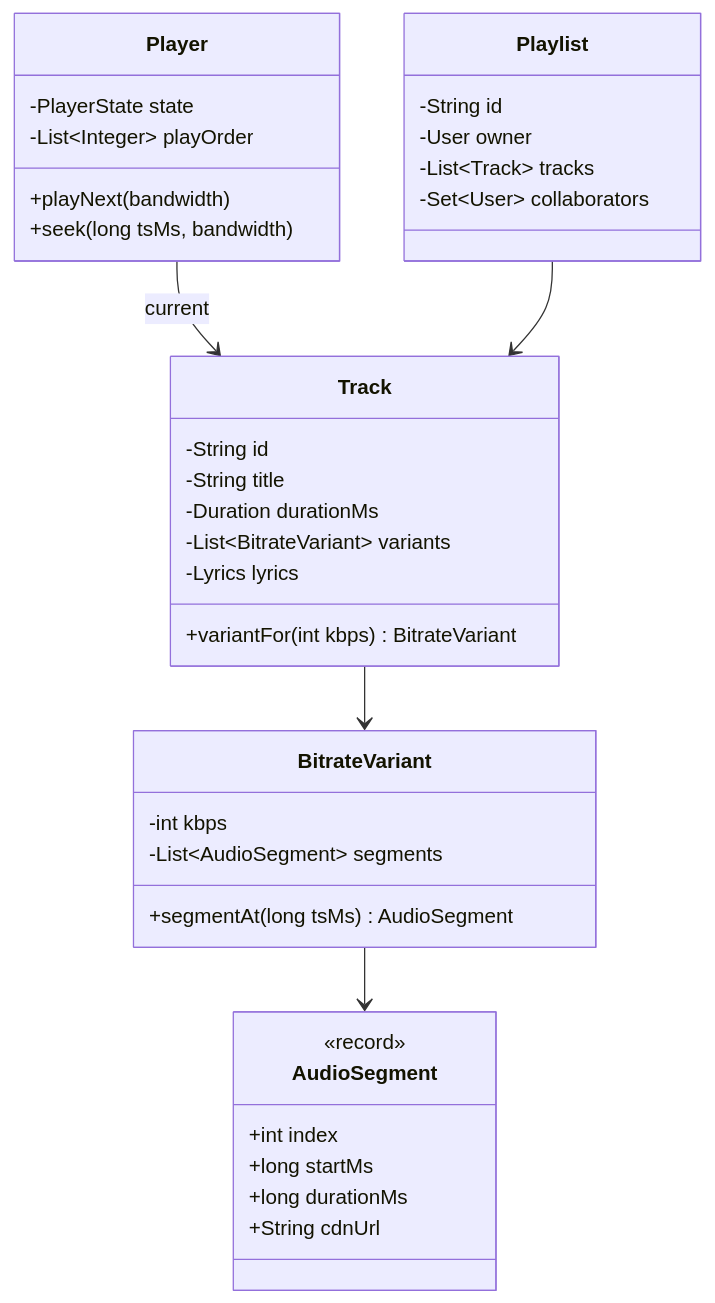
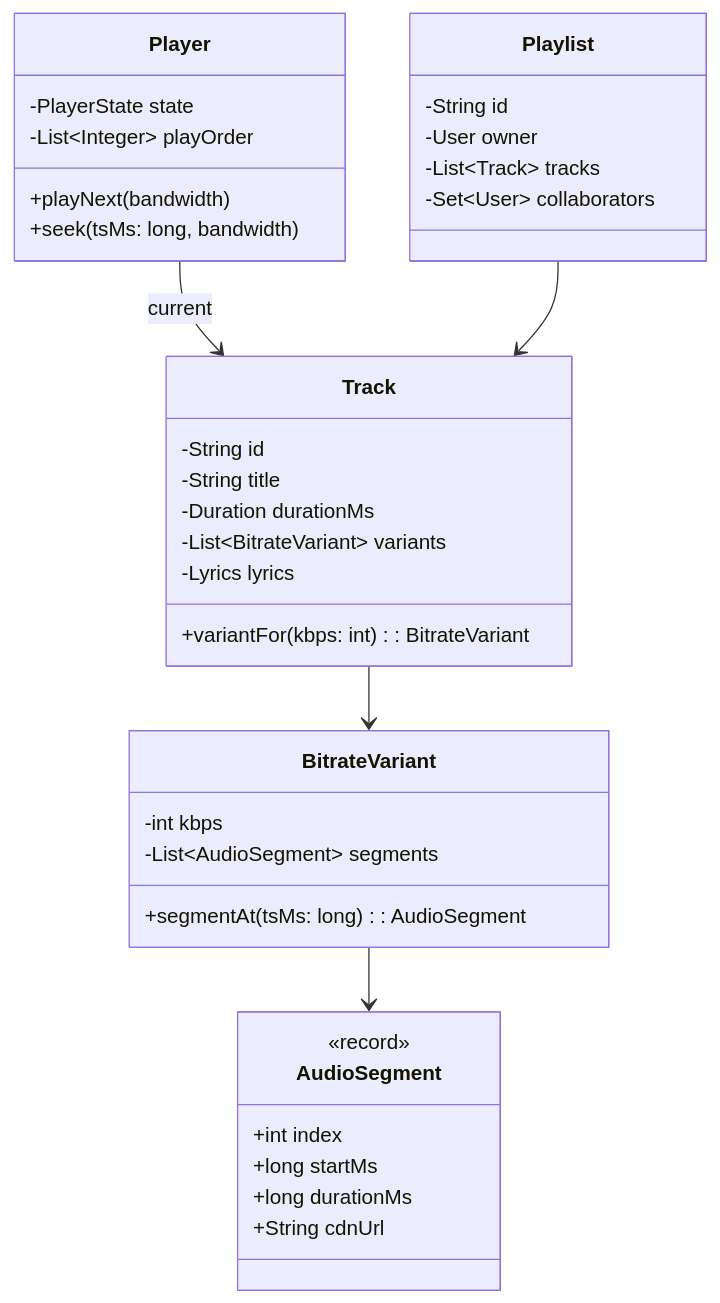
Diagram 38 of 59 in Readme.md (iamitgupta/system-design-LLD-basic), drawn with Mermaid before and after one commit. The commit also changed other lines of this file, not shown here.

````diff
--- a/Readme.md
+++ b/Readme.md
@@ -3882,39 +4663,39 @@
 ```mermaid
 classDiagram
  class Track {
  -String id
  -String title
  -Duration durationMs
  -List~BitrateVariant~ variants
  -Lyrics lyrics
- +variantFor(int kbps) BitrateVariant
+ +variantFor(kbps: int): BitrateVariant
  }
  class BitrateVariant {
  -int kbps
  -List~AudioSegment~ segments
- +segmentAt(long tsMs) AudioSegment
+ +segmentAt(tsMs: long): AudioSegment
  }
  class AudioSegment {
  <<record>>
  +int index
  +long startMs
  +long durationMs
  +String cdnUrl
  }
  class Playlist {
  -String id
  -User owner
  -List~Track~ tracks
  -Set~User~ collaborators
  }
  class Player {
  -PlayerState state
  -List~Integer~ playOrder
  +playNext(bandwidth)
- +seek(long tsMs, bandwidth)
+ +seek(tsMs: long, bandwidth)
  }
  Track --> BitrateVariant
  BitrateVariant --> AudioSegment
  Player --> Track : current
  Playlist --> Track
 ```
````
